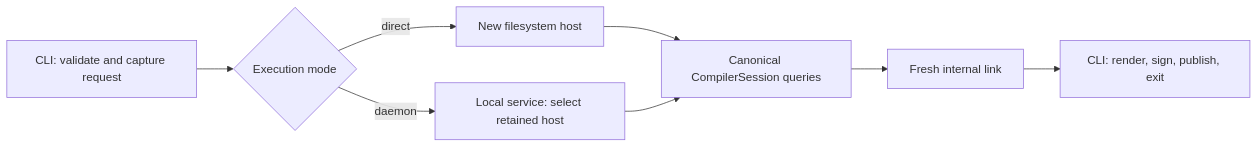
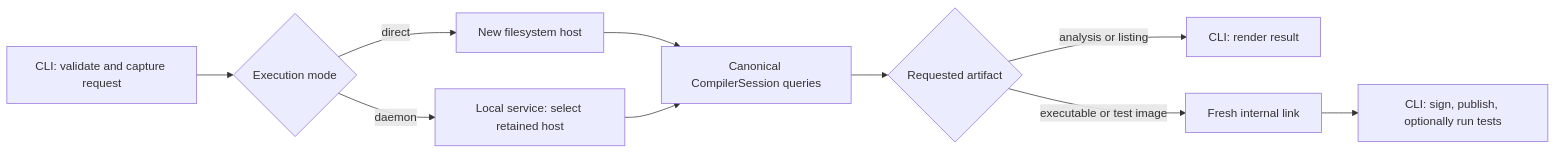
One commit to rue-language/rue changed the diagram in docs/designs/0085-persistent-compiler-daemon.md. Above: the diagram before and after it, drawn with Mermaid. The commit also changed other lines of this file and 1 other file, not shown here.

Commit message:
RUE-2123: accept daemon ADR with shared test and analysis requests

````diff
--- a/docs/designs/0085-persistent-compiler-daemon.md
+++ b/docs/designs/0085-persistent-compiler-daemon.md
@@ -140,10 +144,12 @@
 ```mermaid
 flowchart LR
     C[CLI: validate and capture request] --> M{Execution mode}
     M -->|direct| D[New filesystem host]
     M -->|daemon| S[Local service: select retained host]
     D --> Q[Canonical CompilerSession queries]
     S --> Q
-    Q --> L[Fresh internal link]
-    L --> P[CLI: render, sign, publish, exit]
+    Q --> A{Requested artifact}
+    A -->|analysis or listing| R[CLI: render result]
+    A -->|executable or test image| L[Fresh internal link]
+    L --> P[CLI: sign, publish, optionally run tests]
 ```
````
